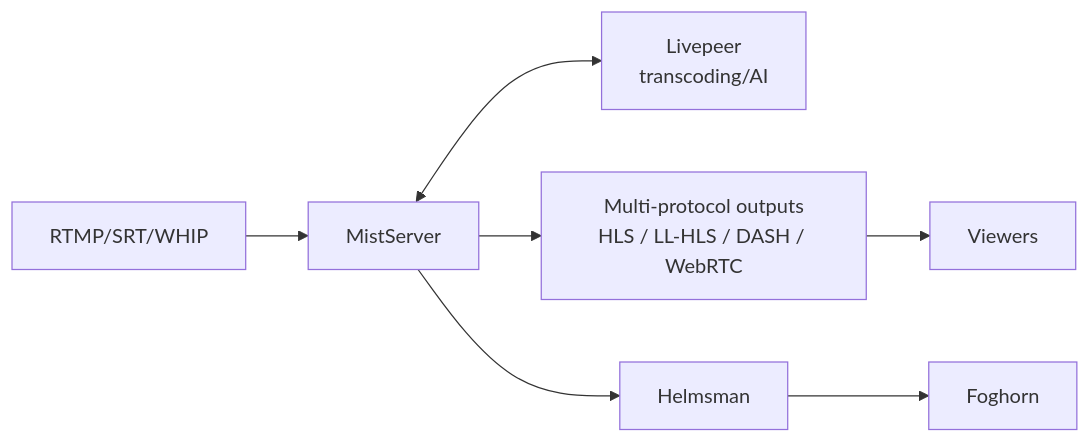
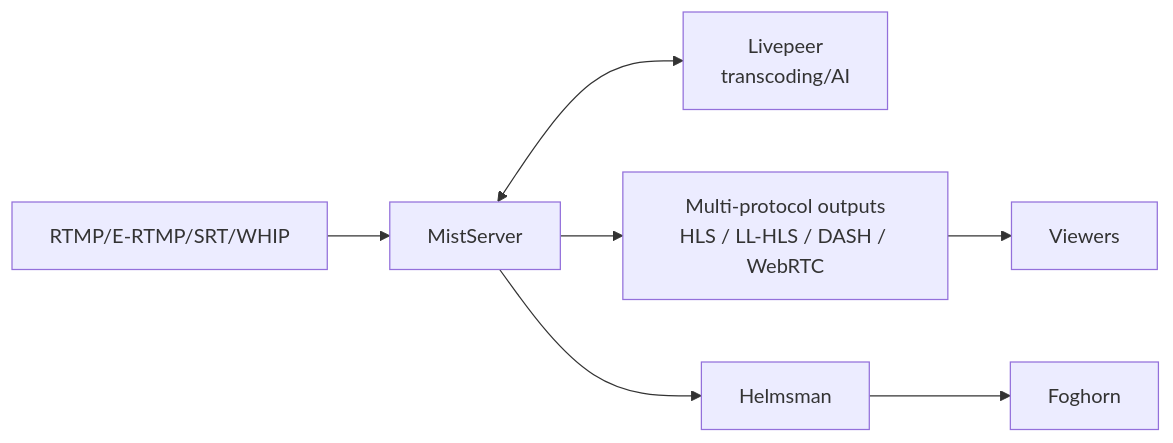
One commit to Livepeer-FrameWorks/monorepo changed the third of 5 diagrams in website_docs/src/content/docs/operators/architecture.mdx. Above: the diagram before and after it, drawn with Mermaid. The commit also changed 32 other files, not shown here.

````diff
--- a/website_docs/src/content/docs/operators/architecture.mdx
+++ b/website_docs/src/content/docs/operators/architecture.mdx
@@ -204,9 +204,9 @@
 ```mermaid
 graph LR
-    IN[RTMP/SRT/WHIP] --> MS[MistServer]
+    IN[RTMP/E-RTMP/SRT/WHIP] --> MS[MistServer]
     MS <--> LP[Livepeer<br/>transcoding/AI]
     MS --> OUT[Multi-protocol outputs<br/>HLS / LL-HLS / DASH / WebRTC]
     OUT --> V[Viewers]
     MS --> H[Helmsman]
     H --> F[Foghorn]
 ```
````
